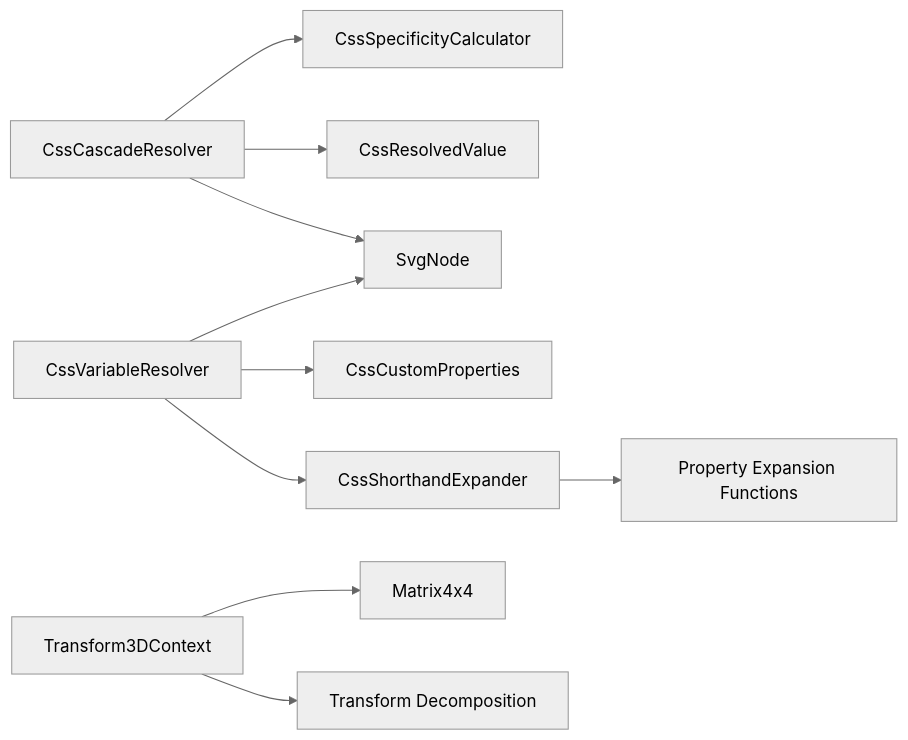
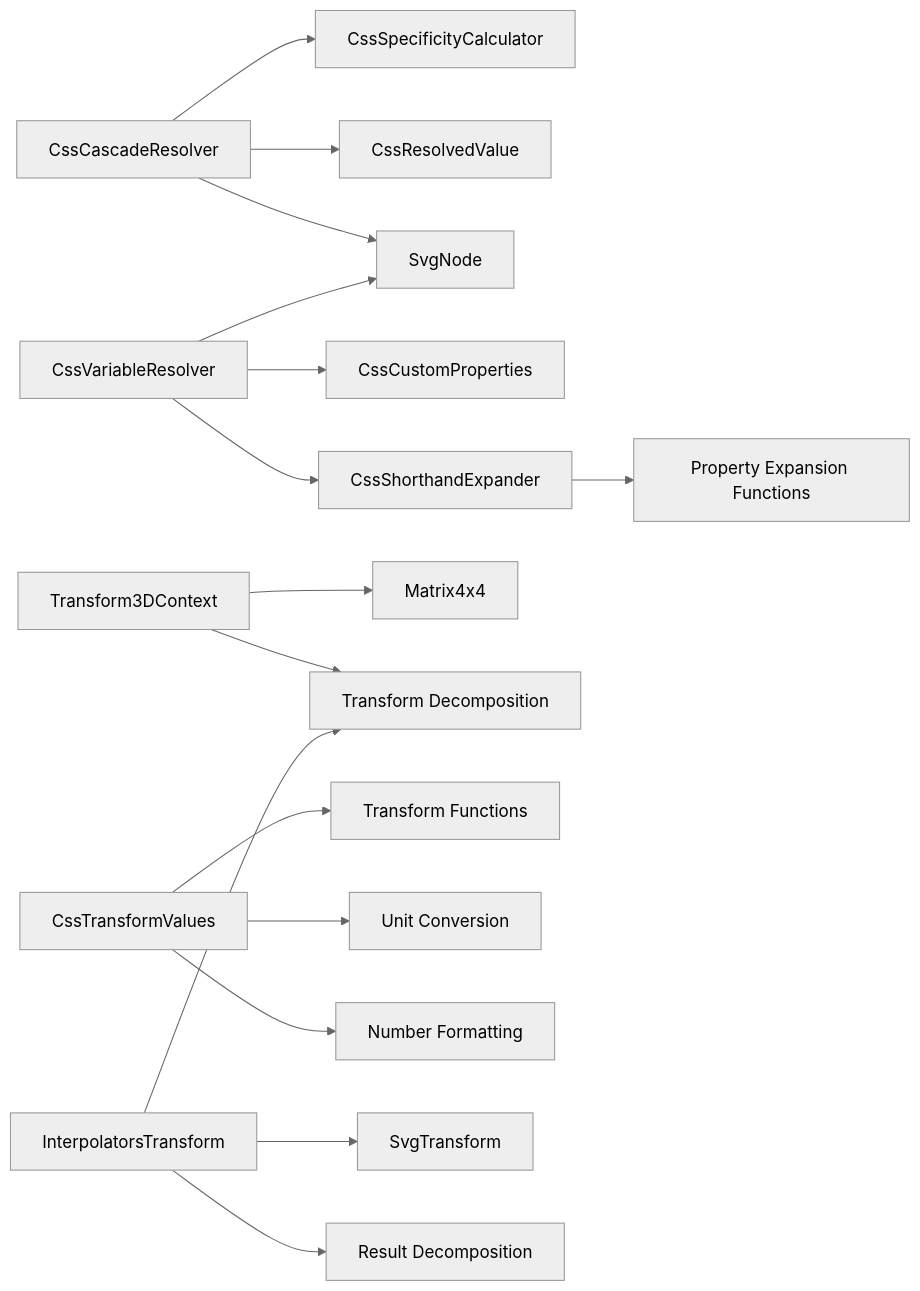
The eighth of 8 diagrams in .qoder/repowiki/en/content/Animated SVG Support/CSS Animation Conversion.md (denisnadey/flutter_full_svg_support), drawn with Mermaid (neutral theme) before and after one commit. The commit also changed other lines of this file and 40 other files, not shown here.

````diff
--- a/.qoder/repowiki/en/content/Animated SVG Support/CSS Animation Conversion.md
+++ b/.qoder/repowiki/en/content/Animated SVG Support/CSS Animation Conversion.md
@@ -422,12 +527,18 @@
 ```mermaid
 graph LR
 CS["CssCascadeResolver"] --> SC["CssSpecificityCalculator"]
 CS --> RV["CssResolvedValue"]
 CS --> SN["SvgNode"]
 CV["CssVariableResolver"] --> CP["CssCustomProperties"]
 CV --> CE["CssCalcEvaluator"]
 CV --> SN
 CE["CssShorthandExpander"] --> PE["Property Expansion Functions"]
 T3D["Transform3DContext"] --> M4["Matrix4x4"]
 T3D --> TD["Transform Decomposition"]
+CTV["CssTransformValues"] --> TF["Transform Functions"]
+CTV --> UC["Unit Conversion"]
+CTV --> NF["Number Formatting"]
+IT["InterpolatorsTransform"] --> ST["SvgTransform"]
+IT --> TD
+IT --> RD["Result Decomposition"]
 ```
````
